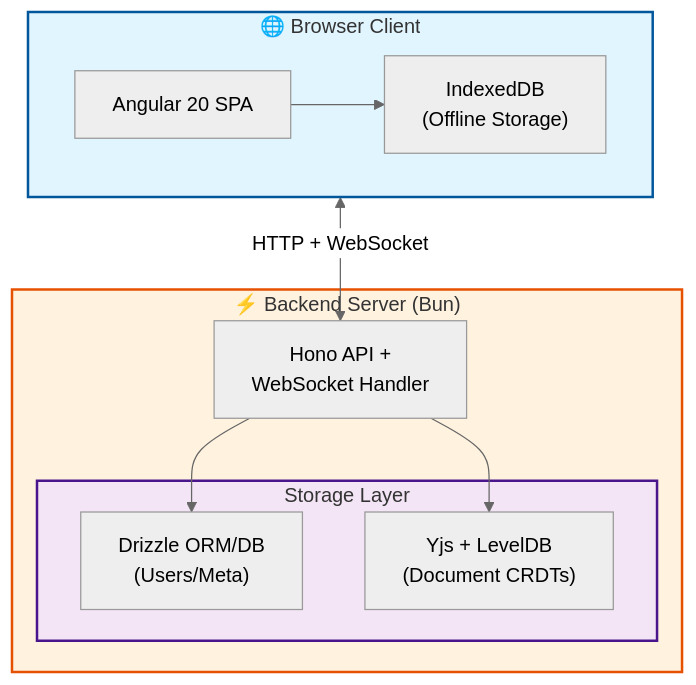
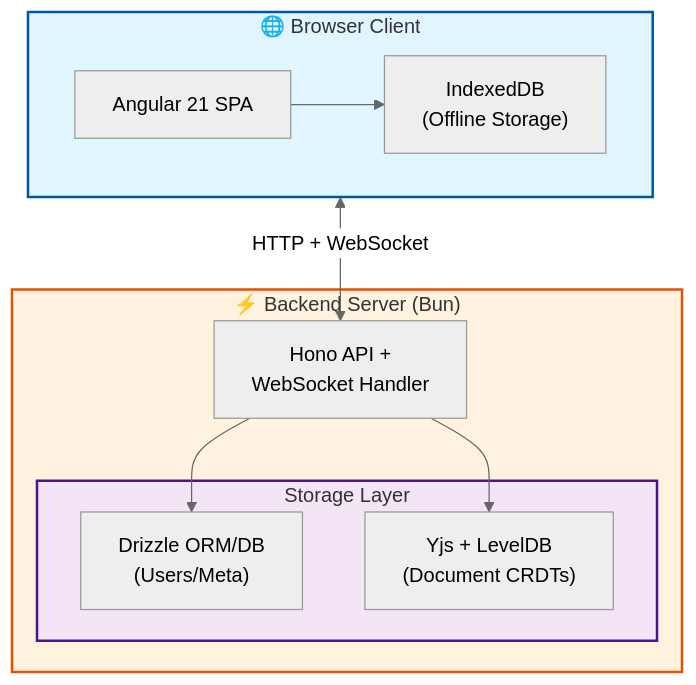
One commit to bobbyquantum/inkweld changed the first of 9 diagrams in docs/site/docs/developer/architecture.md. Above: the diagram before and after it, drawn with Mermaid. The commit also changed other lines of this file and 6 other files, not shown here.

````diff
--- a/docs/site/docs/developer/architecture.md
+++ b/docs/site/docs/developer/architecture.md
@@ -12,27 +12,27 @@
 ```mermaid
 %%{init: {'theme':'neutral'}}%%
 graph TB
     subgraph Browser["🌐 Browser Client"]
-        Angular["Angular 20 SPA"]
+        Angular["Angular 21 SPA"]
         IndexedDB["IndexedDB<br/>(Offline Storage)"]
         Angular --> IndexedDB
     end
 
     subgraph Backend["⚡ Backend Server (Bun)"]
         Hono["Hono API +<br/>WebSocket Handler"]
 
         subgraph Storage["Storage Layer"]
             Drizzle["Drizzle ORM/DB<br/>(Users/Meta)"]
             YjsLevel["Yjs + LevelDB<br/>(Document CRDTs)"]
         end
 
         Hono --> Drizzle
         Hono --> YjsLevel
     end
 
     Browser <-->|HTTP + WebSocket| Hono
 
     style Browser fill:#e1f5ff,stroke:#01579b,stroke-width:2px
     style Backend fill:#fff3e0,stroke:#e65100,stroke-width:2px
     style Storage fill:#f3e5f5,stroke:#4a148c,stroke-width:2px
 ```
````
